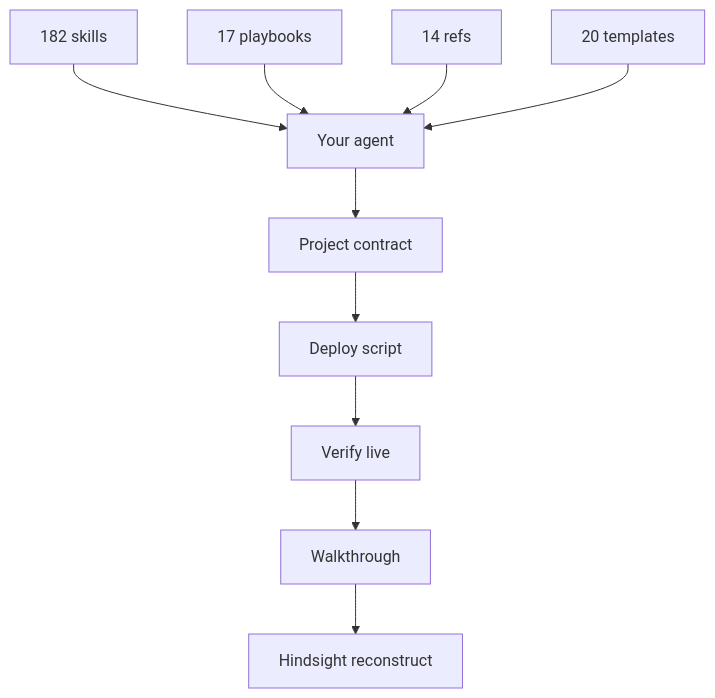
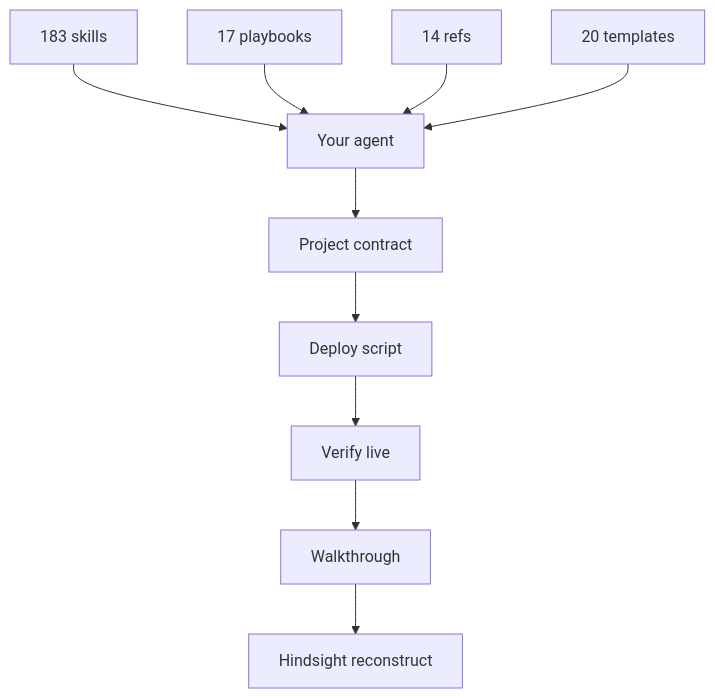
The third of 3 diagrams in README.md (Nonarkara/dr-non-vibecoding-skills), drawn with Mermaid before and after one commit. The commit also changed other lines of this file and 10 other files, not shown here.

````diff
--- a/README.md
+++ b/README.md
@@ -484,12 +497,12 @@
 ```mermaid
 flowchart TB
-  S["182 skills"] --> A["Your agent"]
+  S["183 skills"] --> A["Your agent"]
   P["17 playbooks"] --> A
   R["14 refs"] --> A
   T["20 templates"] --> A
   A --> W["Project contract"]
   W --> D["Deploy script"]
   D --> V["Verify live"]
   V --> H["Walkthrough"]
   H --> L["Hindsight reconstruct"]
 ```
````
